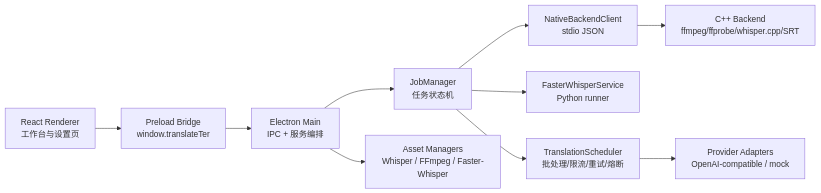
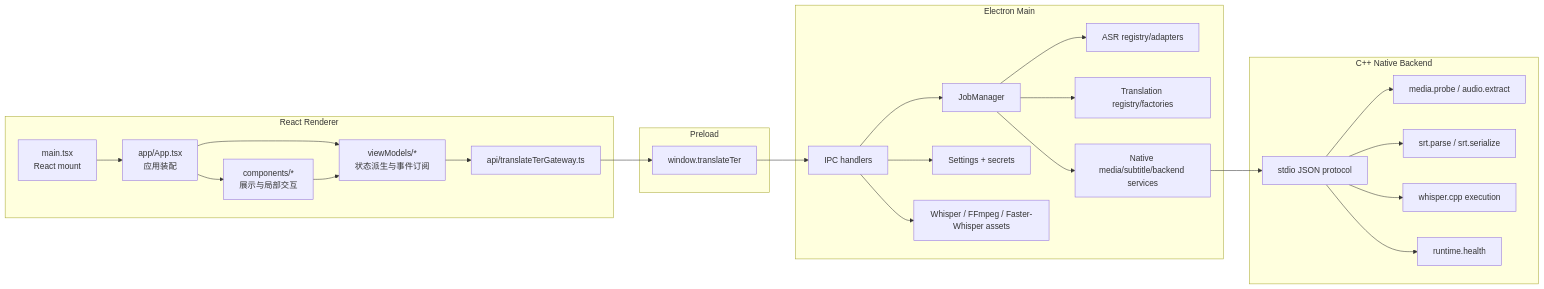
The first of 2 diagrams in docs/architecture.md (Azora-Shiraho/Translate-Ter), drawn with Mermaid before and after one commit. The commit also changed other lines of this file and 9 other files, not shown here.

````diff
--- a/docs/architecture.md
+++ b/docs/architecture.md
@@ -39,20 +39,51 @@
 ```mermaid
 flowchart LR
-  UI["React Renderer<br/>工作台与设置页"]
-  Preload["Preload Bridge<br/>window.translateTer"]
-  Main["Electron Main<br/>IPC + 服务编排"]
-  Job["JobManager<br/>任务状态机"]
-  Assets["Asset Managers<br/>Whisper / FFmpeg / Faster-Whisper"]
-  NativeClient["NativeBackendClient<br/>stdio JSON"]
-  Cpp["C++ Backend<br/>ffmpeg/ffprobe/whisper.cpp/SRT"]
-  Faster["FasterWhisperService<br/>Python runner"]
-  Trans["TranslationScheduler<br/>批处理/限流/重试/熔断"]
-  Providers["Provider Adapters<br/>OpenAI-compatible / mock"]
+  subgraph Renderer["React Renderer"]
+    MainTsx["main.tsx<br/>React mount"]
+    App["app/App.tsx<br/>应用装配"]
+    Components["components/*<br/>展示与局部交互"]
+    ViewModels["viewModels/*<br/>状态派生与事件订阅"]
+    Gateway["api/translateTerGateway.ts"]
+  end
 
-  UI --> Preload --> Main
-  Main --> Job
-  Main --> Assets
-  Job --> NativeClient --> Cpp
-  Job --> Faster
-  Job --> Trans --> Providers
+  subgraph Preload["Preload"]
+    Bridge["window.translateTer"]
+  end
+
+  subgraph Main["Electron Main"]
+    Ipc["IPC handlers"]
+    Jobs["JobManager"]
+    AsrRegistry["ASR registry/adapters"]
+    TranslationRegistry["Translation registry/factories"]
+    Settings["Settings + secrets"]
+    Assets["Whisper / FFmpeg / Faster-Whisper assets"]
+    NativeServices["Native media/subtitle/backend services"]
+  end
+
+  subgraph Native["C++ Native Backend"]
+    Protocol["stdio JSON protocol"]
+    Media["media.probe / audio.extract"]
+    Subtitle["srt.parse / srt.serialize"]
+    Whisper["whisper.cpp execution"]
+    Health["runtime.health"]
+  end
+
+  MainTsx --> App
+  App --> Components
+  App --> ViewModels
+  Components --> ViewModels
+  ViewModels --> Gateway
+  Gateway --> Bridge
+  Bridge --> Ipc
+  Ipc --> Jobs
+  Ipc --> Settings
+  Ipc --> Assets
+  Jobs --> AsrRegistry
+  Jobs --> TranslationRegistry
+  Jobs --> NativeServices
+  NativeServices --> Protocol
+  Protocol --> Media
+  Protocol --> Subtitle
+  Protocol --> Whisper
+  Protocol --> Health
 ```
````
